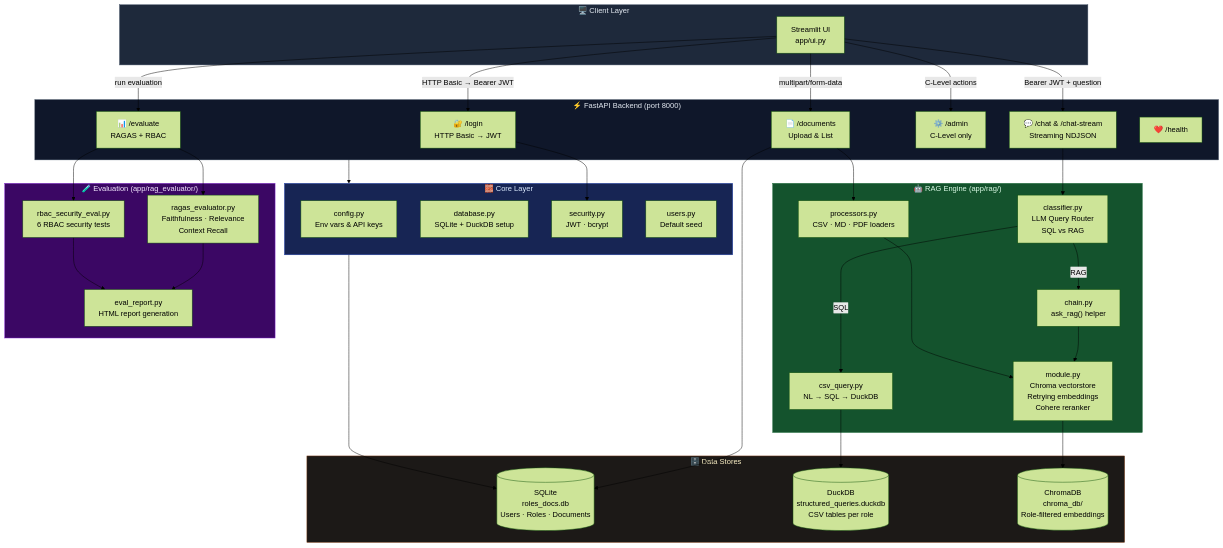
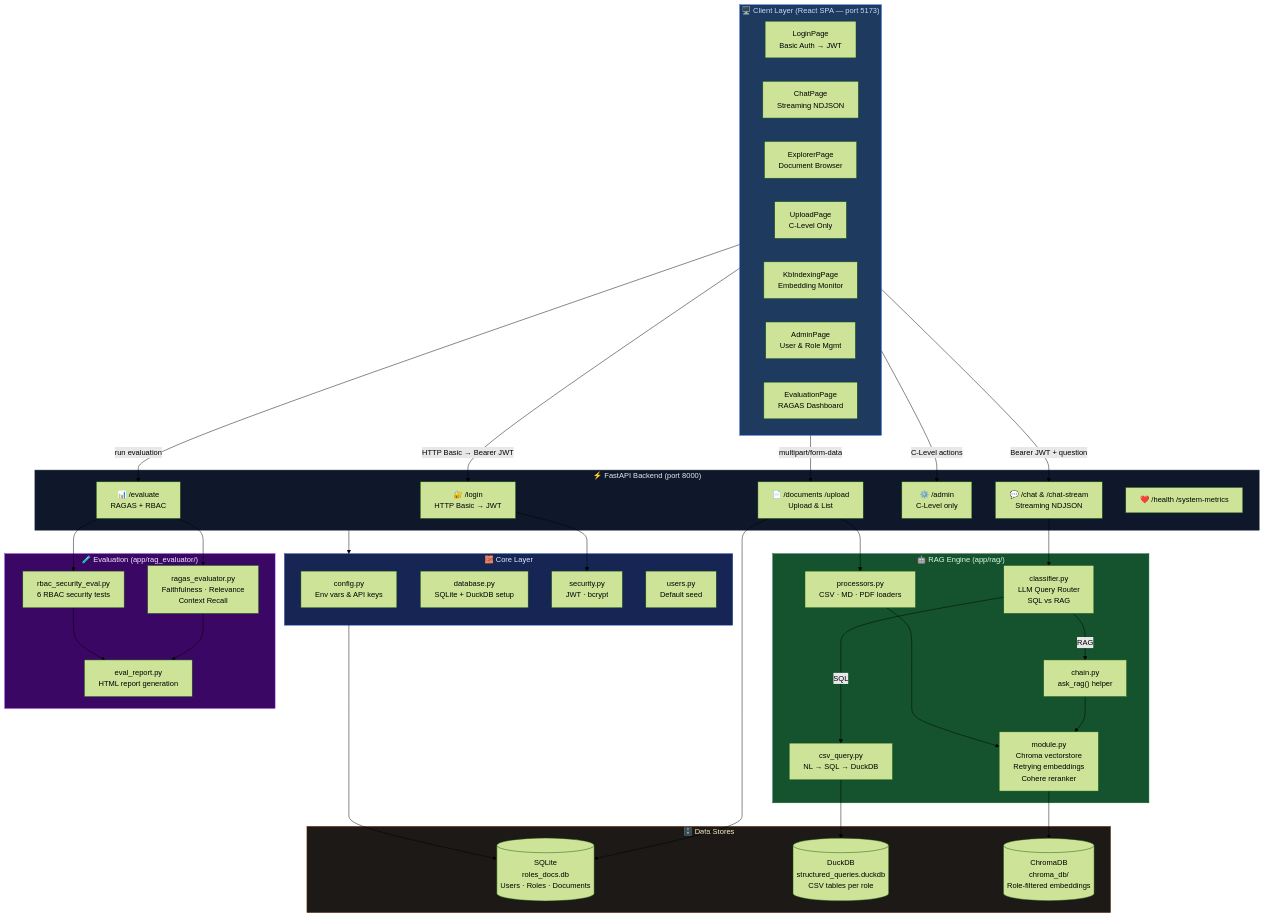
The first of 3 diagrams in README.md (hamza1713/Enterprise-RAG-Chatbot-with-Role-Base-Access-Control-), drawn with Mermaid (forest theme) before and after one commit. The commit also changed other lines of this file and 48 other files, not shown here.

````diff
--- a/README.md
+++ b/README.md
@@ -71,74 +74,80 @@
 ```mermaid
 flowchart TD
-    subgraph CLIENT["🖥️  Client Layer"]
-        UI["Streamlit UI\napp/ui.py"]
+    subgraph CLIENT["🖥️  Client Layer (React SPA — port 5173)"]
+        LOGIN["LoginPage\nBasic Auth → JWT"]
+        CHAT_UI["ChatPage\nStreaming NDJSON"]
+        EXPLORER["ExplorerPage\nDocument Browser"]
+        UPLOAD_UI["UploadPage\nC-Level Only"]
+        KB["KbIndexingPage\nEmbedding Monitor"]
+        ADMIN_UI["AdminPage\nUser & Role Mgmt"]
+        EVAL_UI["EvaluationPage\nRAGAS Dashboard"]
     end
 
     subgraph FASTAPI["⚡  FastAPI Backend  (port 8000)"]
         AUTH["🔐 /login\nHTTP Basic → JWT"]
         CHAT["💬 /chat  &  /chat-stream\nStreaming NDJSON"]
-        DOCS["📄 /documents\nUpload & List"]
+        DOCS["📄 /documents  /upload\nUpload & List"]
         ADMIN["⚙️ /admin\nC-Level only"]
         EVAL["📊 /evaluate\nRAGAS + RBAC"]
-        HEALTH["❤️ /health"]
+        HEALTH["❤️ /health  /system-metrics"]
     end
 
     subgraph CORE["🧱  Core Layer"]
         CFG["config.py\nEnv vars & API keys"]
         DB["database.py\nSQLite + DuckDB setup"]
         SEC["security.py\nJWT · bcrypt"]
         USR["users.py\nDefault seed"]
     end
 
     subgraph RAG_ENGINE["🤖  RAG Engine  (app/rag/)"]
         CLS["classifier.py\nLLM Query Router\nSQL vs RAG"]
         PROC["processors.py\nCSV · MD · PDF loaders"]
         MOD["module.py\nChroma vectorstore\nRetrying embeddings\nCohere reranker"]
         CHN["chain.py\nask_rag() helper"]
         CSV["csv_query.py\nNL → SQL → DuckDB"]
     end
 
     subgraph STORES["🗄️  Data Stores"]
         SQLITE[("SQLite\nroles_docs.db\nUsers · Roles · Documents")]
         DUCK[("DuckDB\nstructured_queries.duckdb\nCSV tables per role")]
         CHROMA[("ChromaDB\nchroma_db/\nRole-filtered embeddings")]
     end
 
     subgraph EVAL_PKG["🧪  Evaluation  (app/rag_evaluator/)"]
         RAGAS["ragas_evaluator.py\nFaithfulness · Relevance\nContext Recall"]
         RBAC_TEST["rbac_security_eval.py\n6 RBAC security tests"]
         RPT["eval_report.py\nHTML report generation"]
     end
 
-    UI -- "HTTP Basic → Bearer JWT" --> AUTH
-    UI -- "Bearer JWT + question" --> CHAT
-    UI -- "multipart/form-data" --> DOCS
-    UI -- "C-Level actions" --> ADMIN
-    UI -- "run evaluation" --> EVAL
+    CLIENT -- "HTTP Basic → Bearer JWT" --> AUTH
+    CLIENT -- "Bearer JWT + question" --> CHAT
+    CLIENT -- "multipart/form-data" --> DOCS
+    CLIENT -- "C-Level actions" --> ADMIN
+    CLIENT -- "run evaluation" --> EVAL
 
     AUTH --> SEC
     CHAT --> CLS
     CLS -- SQL --> CSV
     CLS -- RAG --> CHN
     CSV --> DUCK
     CHN --> MOD
     MOD --> CHROMA
 
     FASTAPI --> CORE
     CORE --> SQLITE
     DOCS --> SQLITE
     DOCS --> PROC
     PROC --> MOD
 
     EVAL --> RAGAS
     EVAL --> RBAC_TEST
     RAGAS --> RPT
     RBAC_TEST --> RPT
 
-    style CLIENT fill:#1e293b,color:#e2e8f0,stroke:#475569
+    style CLIENT fill:#1e3a5f,color:#bfdbfe,stroke:#2563eb
     style FASTAPI fill:#0f172a,color:#e2e8f0,stroke:#334155
     style CORE fill:#172554,color:#dbeafe,stroke:#1e40af
     style RAG_ENGINE fill:#14532d,color:#dcfce7,stroke:#166534
     style STORES fill:#1c1917,color:#fef3c7,stroke:#78350f
     style EVAL_PKG fill:#3b0764,color:#f3e8ff,stroke:#7e22ce
 ```
````
